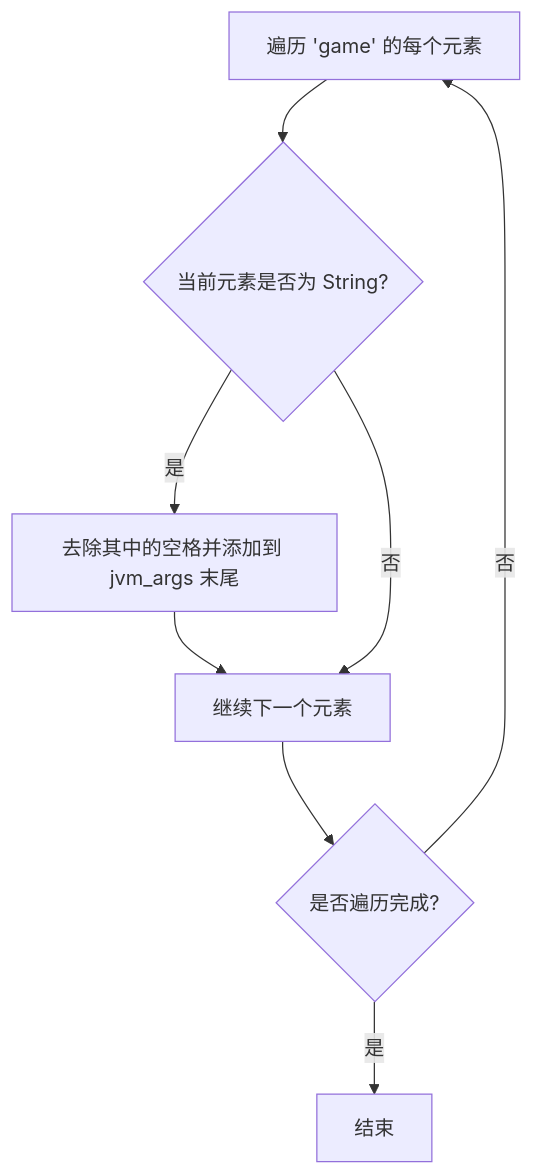
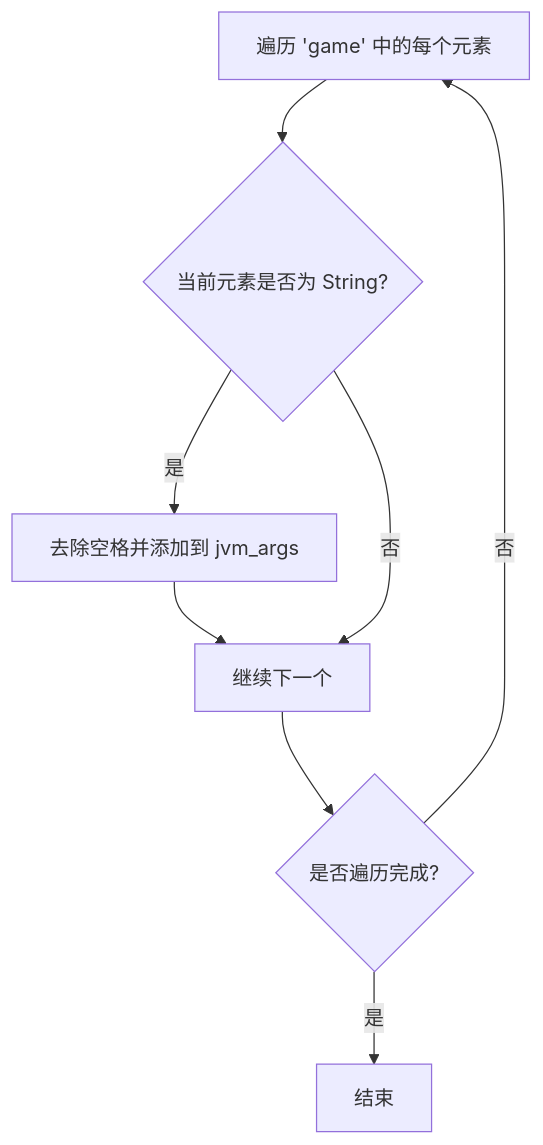
Before and after one commit to ECLteam/ECL-Docs: the second of 3 diagrams in docs/other/lanucherdev/Launch/BuildLaunchCommand.md, drawn with Mermaid. The commit also changed other lines of this file and 2 other files, not shown here.

````diff
--- a/docs/other/lanucherdev/Launch/BuildLaunchCommand.md
+++ b/docs/other/lanucherdev/Launch/BuildLaunchCommand.md
@@ -36,10 +61,10 @@
 ```mermaid
 graph TD
-    A[遍历 'game' 的每个元素] --> B{当前元素是否为 String?}
-    B --> |是| C[去除其中的空格并添加到 jvm_args 末尾]
-    C --> D[继续下一个元素]
+    A[遍历 'game' 中的每个元素] --> B{当前元素是否为 String?}
+    B --> |是| C[去除空格并添加到 jvm_args]
+    C --> D[继续下一个]
     B --> |否| D
     D --> E{是否遍历完成?}
     E --> |否| A
     E --> |是| F[结束]
 ```
````
